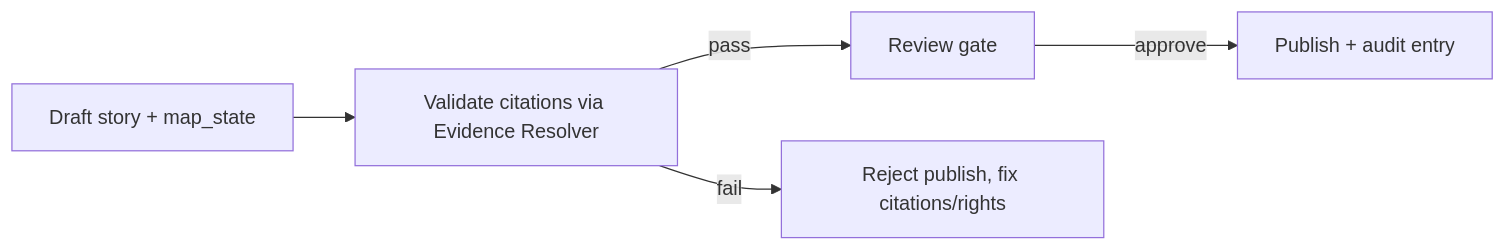
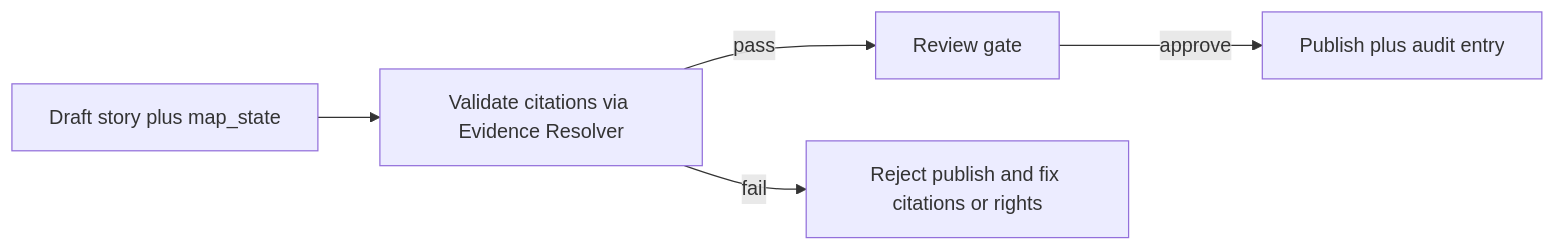
The third of 4 diagrams in README.md (bartytime4life/Kansas-Frontier-Matrix), drawn with Mermaid before and after one commit. The commit also changed other lines of this file, not shown here.

````diff
--- a/README.md
+++ b/README.md
@@ -324,7 +187,7 @@
 ```mermaid
 flowchart LR
-  D[Draft story + map_state] --> V[Validate citations via Evidence Resolver]
+  D[Draft story plus map_state] --> V[Validate citations via Evidence Resolver]
   V -->|pass| R[Review gate]
-  R -->|approve| P[Publish + audit entry]
-  V -->|fail| A[Reject publish, fix citations/rights]
+  R -->|approve| P[Publish plus audit entry]
+  V -->|fail| A[Reject publish and fix citations or rights]
 ```
````
